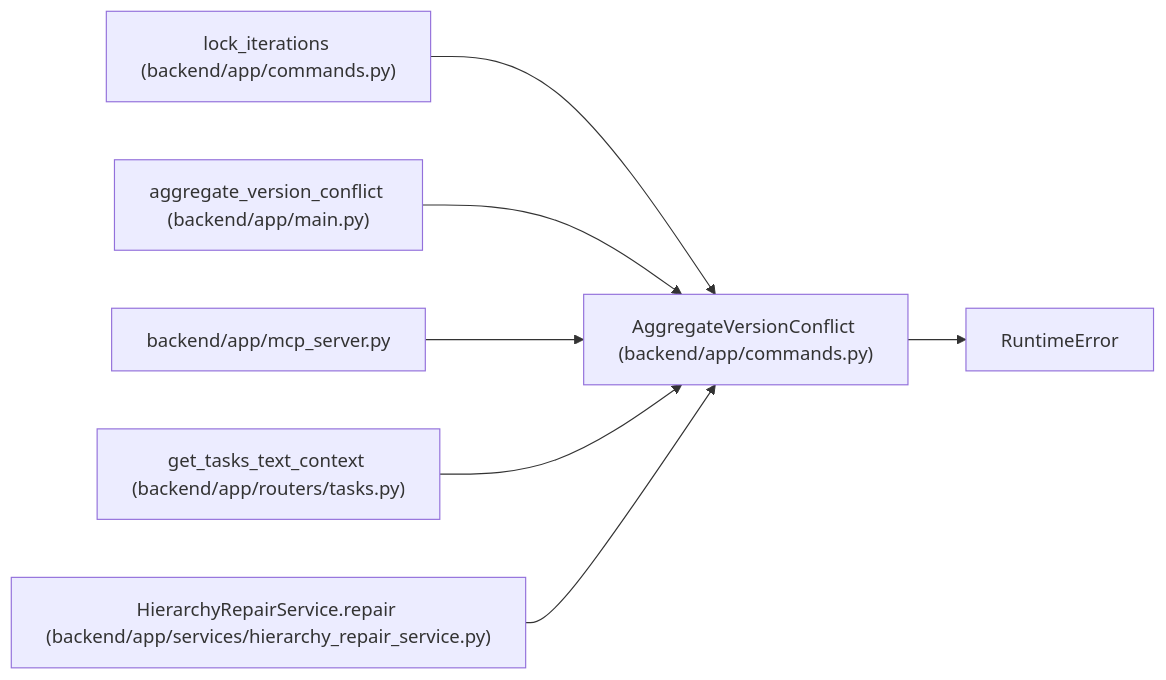
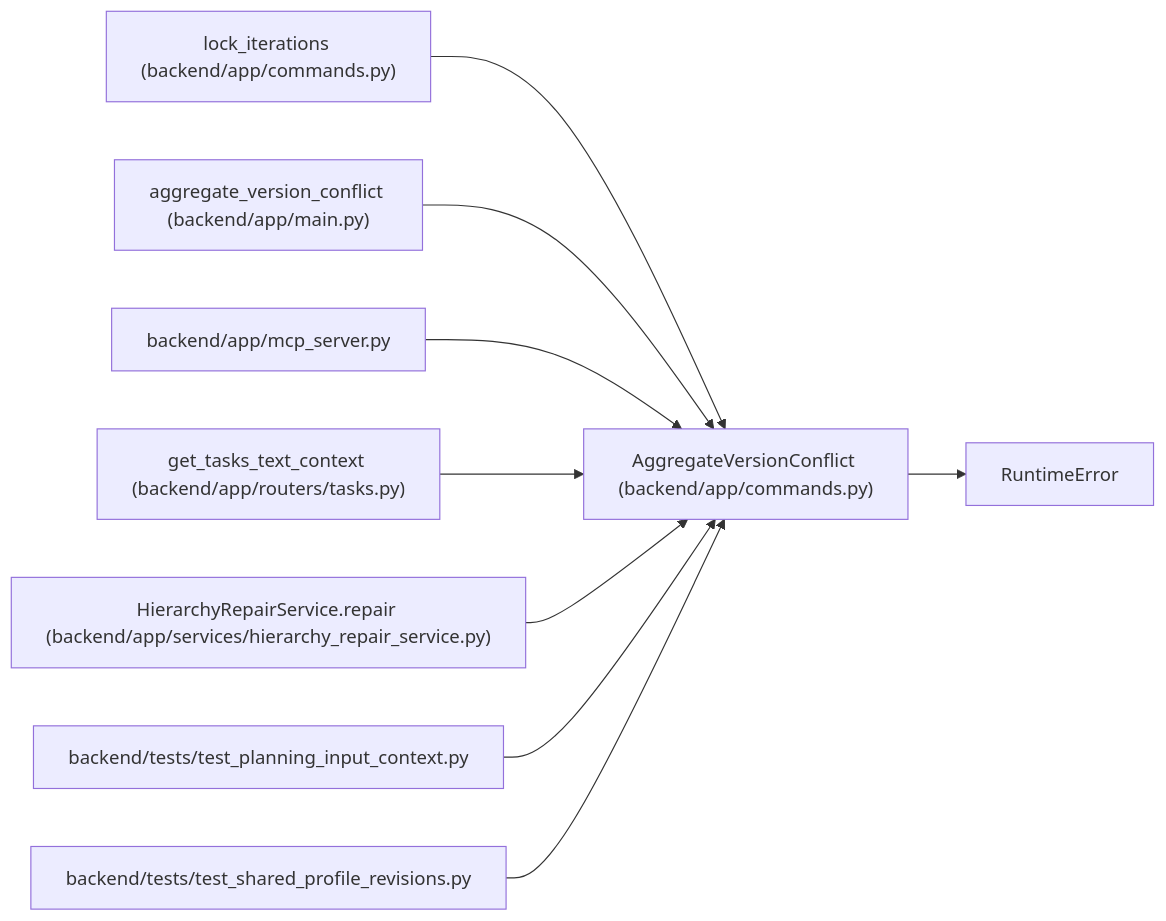
Before and after one commit to Denissvgn/WorkChord: the diagram in docs/llm_wiki/entities/AggregateVersionConflict.md, drawn with Mermaid. The commit also changed other lines of this file and 10148 other files, not shown here.

````diff
--- a/docs/llm_wiki/entities/AggregateVersionConflict.md
+++ b/docs/llm_wiki/entities/AggregateVersionConflict.md
@@ -26,22 +26,28 @@
 ```mermaid
 flowchart LR
     n0["AggregateVersionConflict (backend/app/commands.py)"]
     n1["RuntimeError"]
     n2["lock_iterations (backend/app/commands.py)"]
     n3["aggregate_version_conflict (backend/app/main.py)"]
     n4["backend/app/mcp_server.py"]
     n5["get_tasks_text_context (backend/app/routers/tasks.py)"]
     n6["HierarchyRepairService.repair (backend/app/services/hierarchy_repair_service.py)"]
+    n7["backend/tests/test_planning_input_context.py"]
+    n8["backend/tests/test_shared_profile_revisions.py"]
     n0 --> n1
     n2 --> n0
     n3 --> n0
     n4 --> n0
     n5 --> n0
     n6 --> n0
+    n7 --> n0
+    n8 --> n0
     click n0 "../modules/commands.md"
     click n2 "../modules/commands.md"
     click n3 "../modules/app_main.md"
     click n4 "../modules/mcp_server.md"
     click n5 "../modules/tasks.md"
     click n6 "../modules/hierarchy_repair_service.md"
+    click n7 "../modules/test_planning_input_context.md"
+    click n8 "../modules/test_shared_profile_revisions.md"
 ```
````
